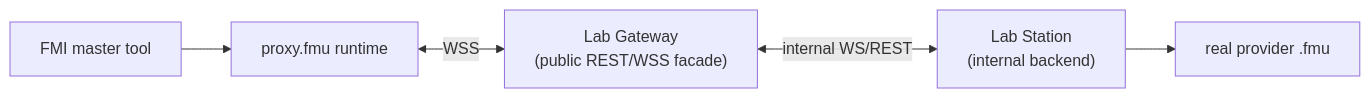
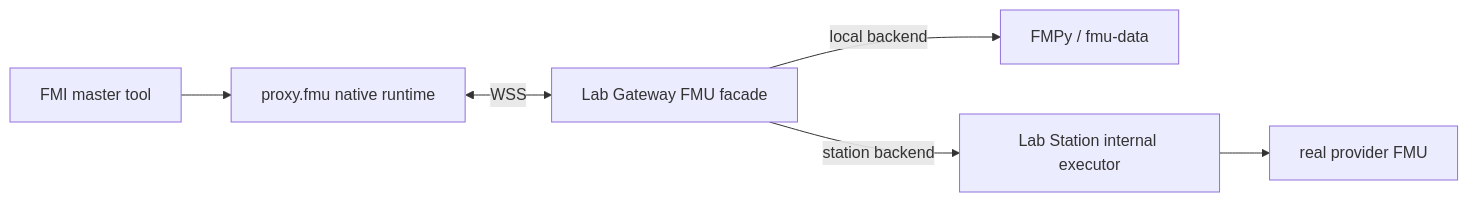
The first of 2 diagrams in fmu-proxy-runtime-src/ARCHITECTURE.md (DecentraLabsCom/Lab-Gateway), drawn with Mermaid before and after one commit. The commit also changed other lines of this file and 22 other files, not shown here.

````diff
--- a/fmu-proxy-runtime-src/ARCHITECTURE.md
+++ b/fmu-proxy-runtime-src/ARCHITECTURE.md
@@ -14,13 +9,8 @@
 ```mermaid
 flowchart LR
-    Tool["FMI master tool"]
-    Proxy["proxy.fmu runtime"]
-    Gateway["Lab Gateway\n(public REST/WSS facade)"]
-    Station["Lab Station\n(internal backend)"]
-    RealFMU["real provider .fmu"]
-
-    Tool --> Proxy
-    Proxy <-- "WSS" --> Gateway
-    Gateway <-- "internal WS/REST" --> Station
-    Station --> RealFMU
+    Tool["FMI master tool"] --> Proxy["proxy.fmu native runtime"]
+    Proxy <-->|WSS| Gateway["Lab Gateway FMU facade"]
+    Gateway -->|local backend| Local["FMPy / fmu-data"]
+    Gateway -->|station backend| Station["Lab Station internal executor"]
+    Station --> FMU["real provider FMU"]
 ```
````
